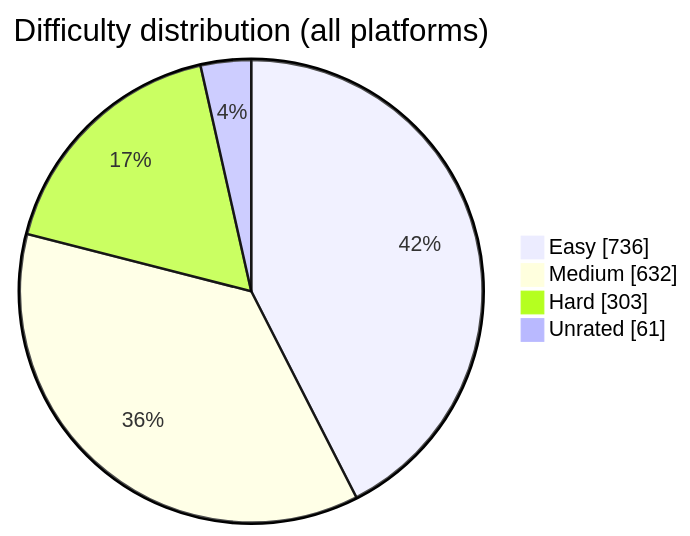
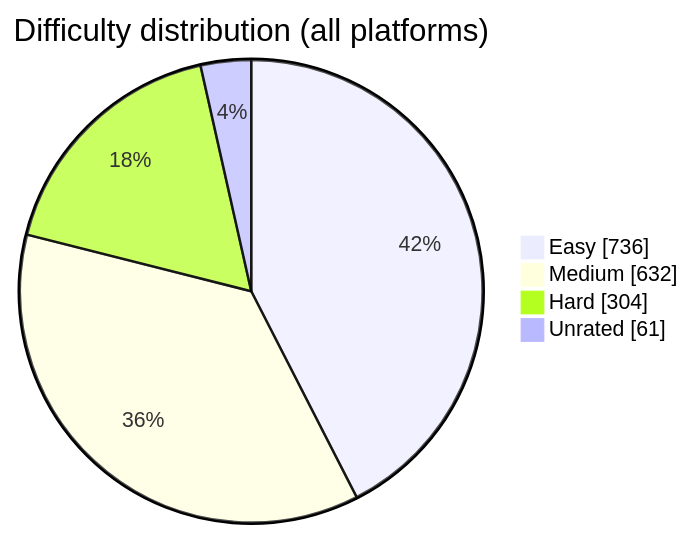
One commit to BuildbyArindam/Daily-Coding-Log changed the diagram in README.md. Above: the diagram before and after it, drawn with Mermaid. The commit also changed other lines of this file, not shown here.

````diff
--- a/README.md
+++ b/README.md
@@ -93,7 +93,7 @@
 ```mermaid
 pie showData title Difficulty distribution (all platforms)
     "Easy" : 736
     "Medium" : 632
-    "Hard" : 303
+    "Hard" : 304
     "Unrated" : 61
 ```
````
